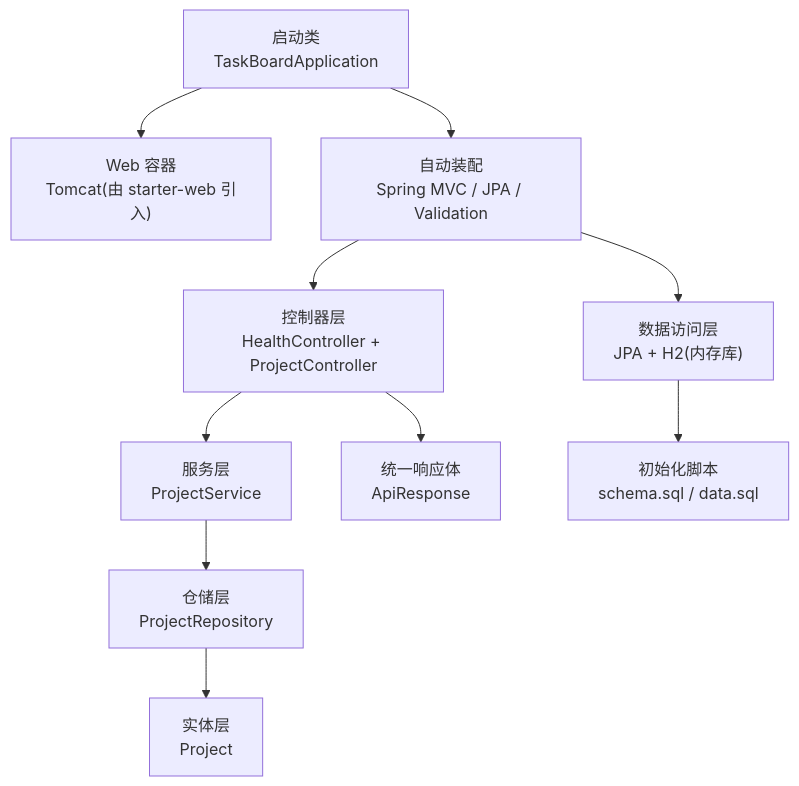
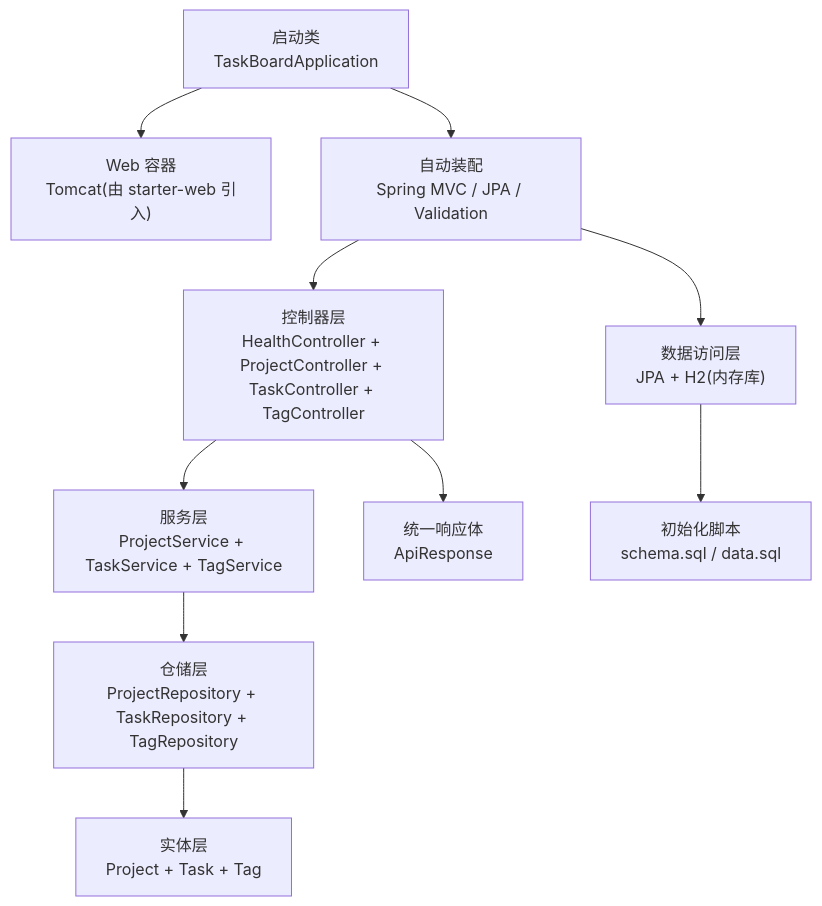
One commit to zhou9832/test1-qoder changed the first of 17 diagrams in .qoder/repowiki/zh/content/后端架构/后端架构.md. Above: the diagram before and after it, drawn with Mermaid. The commit also changed other lines of this file and 92 other files, not shown here.

````diff
--- a/.qoder/repowiki/zh/content/后端架构/后端架构.md
+++ b/.qoder/repowiki/zh/content/后端架构/后端架构.md
@@ -56,12 +69,12 @@
 ```mermaid
 graph TB
 A["启动类<br/>TaskBoardApplication"] --> B["Web 容器<br/>Tomcat(由 starter-web 引入)"]
 A --> C["自动装配<br/>Spring MVC / JPA / Validation"]
-C --> D["控制器层<br/>HealthController + ProjectController"]
-D --> E["服务层<br/>ProjectService"]
-E --> F["仓储层<br/>ProjectRepository"]
-F --> G["实体层<br/>Project"]
+C --> D["控制器层<br/>HealthController + ProjectController + TaskController + TagController"]
+D --> E["服务层<br/>ProjectService + TaskService + TagService"]
+E --> F["仓储层<br/>ProjectRepository + TaskRepository + TagRepository"]
+F --> G["实体层<br/>Project + Task + Tag"]
 D --> H["统一响应体<br/>ApiResponse<T>"]
 C --> I["数据访问层<br/>JPA + H2(内存库)"]
 I --> J["初始化脚本<br/>schema.sql / data.sql"]
 ```
````
